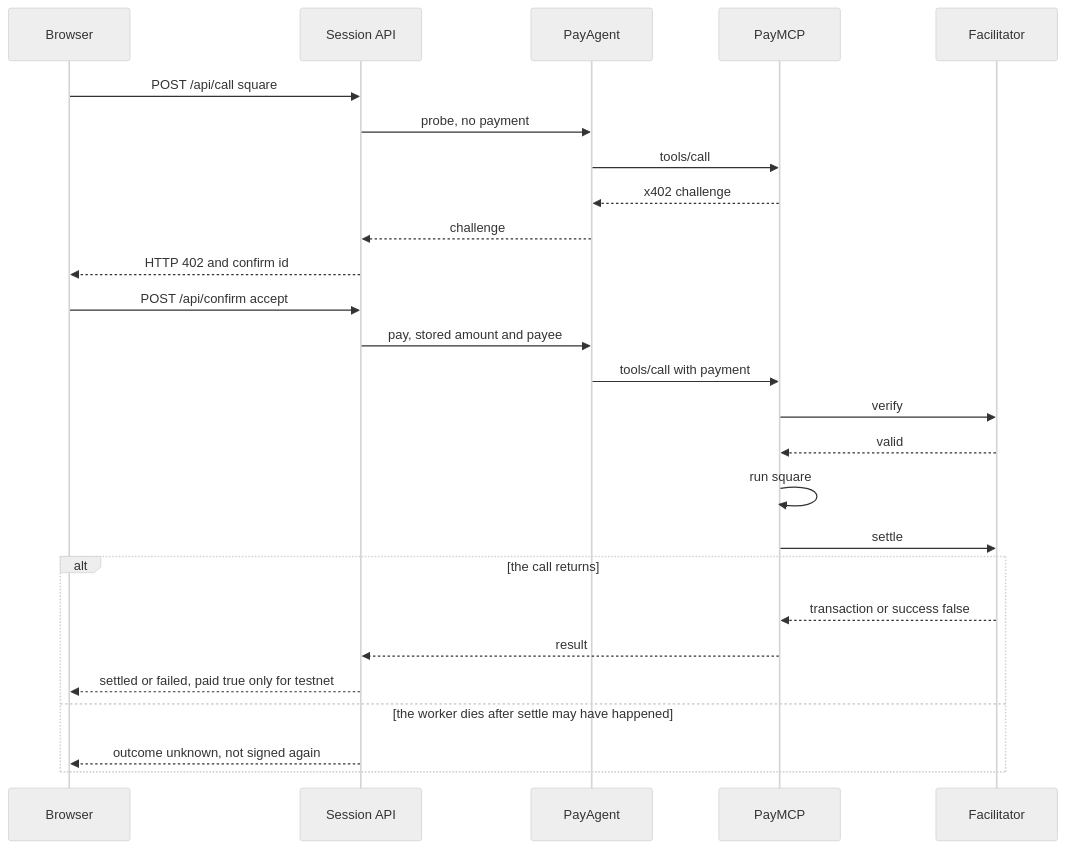
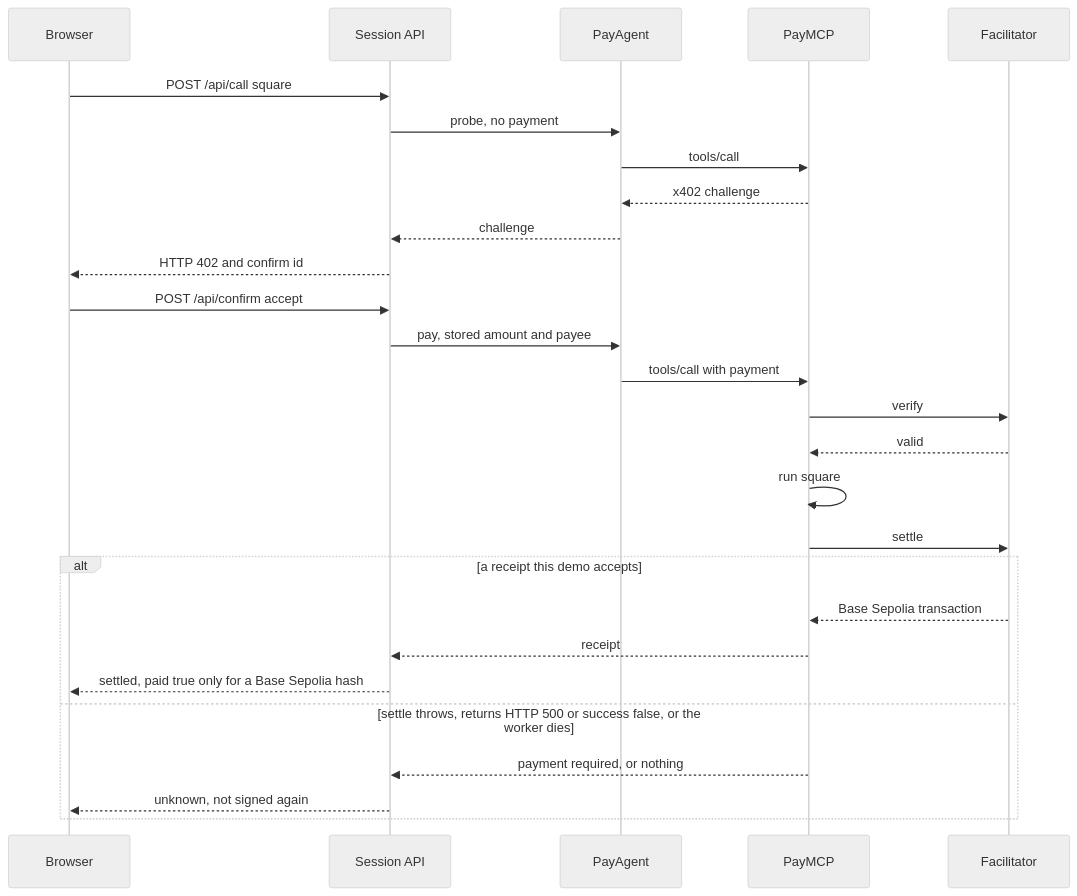
One commit to theserverlessdev/tech-demos changed the second of 2 diagrams in demos/x402-pay/SETUP.md. Above: the diagram before and after it, drawn with Mermaid (neutral theme). The commit also changed other lines of this file and 10 other files, not shown here.

First line of the commit message:
Treat an ambiguous settle result as unknown.

````diff
--- a/demos/x402-pay/SETUP.md
+++ b/demos/x402-pay/SETUP.md
@@ -27,28 +27,29 @@
 ```mermaid
 sequenceDiagram
   participant B as Browser
   participant A as Session API
   participant P as PayAgent
   participant M as PayMCP
   participant F as Facilitator
   B->>A: POST /api/call square
   A->>P: probe, no payment
   P->>M: tools/call
   M-->>P: x402 challenge
   P-->>A: challenge
   A-->>B: HTTP 402 and confirm id
   B->>A: POST /api/confirm accept
   A->>P: pay, stored amount and payee
   P->>M: tools/call with payment
   M->>F: verify
   F-->>M: valid
   M->>M: run square
   M->>F: settle
-  alt the call returns
-    F-->>M: transaction or success false
-    M-->>A: result
-    A-->>B: settled or failed, paid true only for testnet
-  else the worker dies after settle may have happened
-    A-->>B: outcome unknown, not signed again
+  alt a receipt this demo accepts
+    F-->>M: Base Sepolia transaction
+    M-->>A: receipt
+    A-->>B: settled, paid true only for a Base Sepolia hash
+  else settle throws, returns HTTP 500 or success false, or the worker dies
+    M-->>A: payment required, or nothing
+    A-->>B: unknown, not signed again
   end
 ```
````
